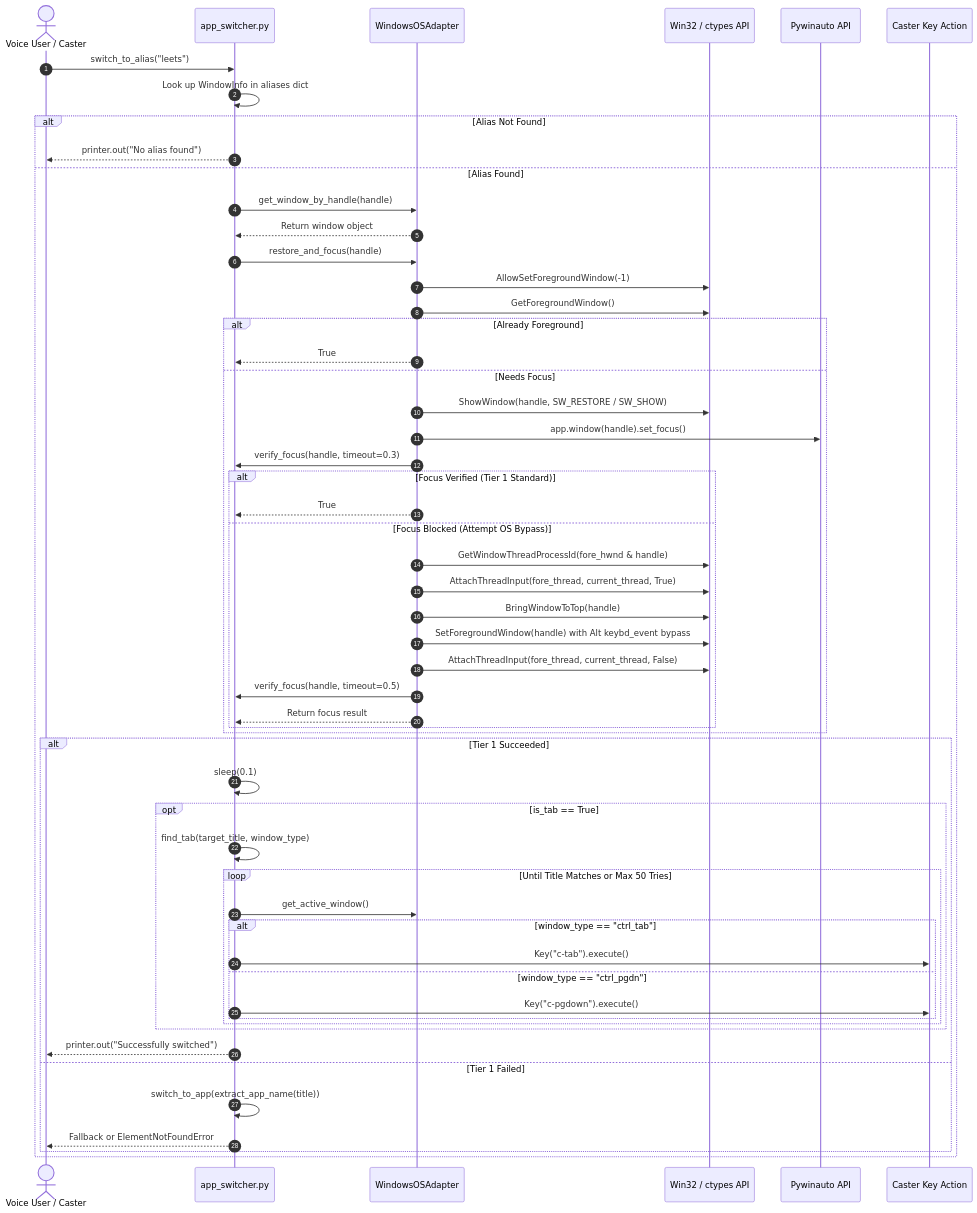
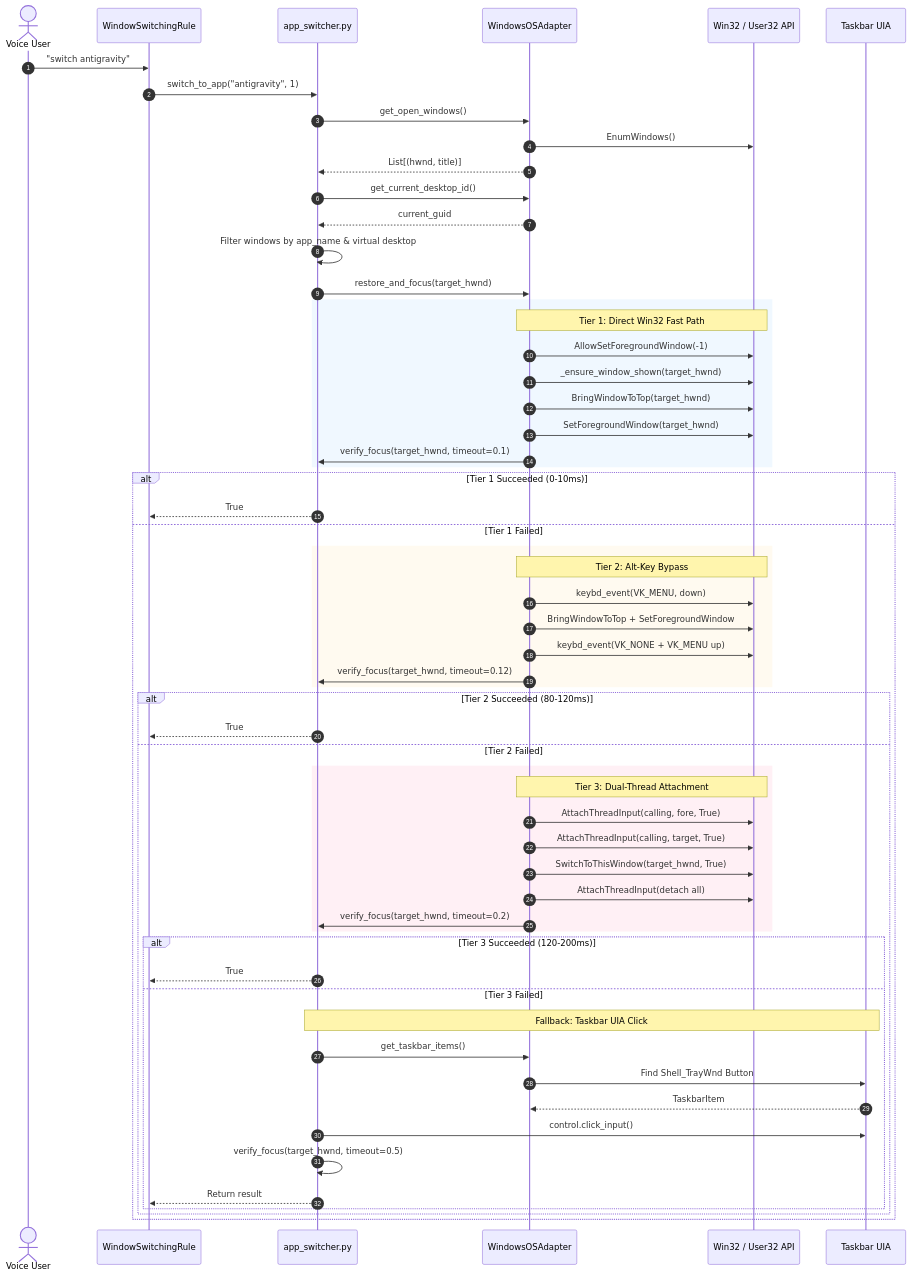
The second of 3 diagrams in docs/architecture/app_switcher_architectural_blueprint.md (amirf147/caster-user-directory-and-notes), drawn with Mermaid before and after one commit. The commit also changed other lines of this file and 13 other files, not shown here.

````diff
--- a/docs/architecture/app_switcher_architectural_blueprint.md
+++ b/docs/architecture/app_switcher_architectural_blueprint.md
@@ -228,63 +277,68 @@
 ```mermaid
 sequenceDiagram
     autonumber
-    actor User as Voice User / Caster
-    participant AppSwitch as app_switcher.py
+    actor User as Voice User
+    participant Rule as WindowSwitchingRule
+    participant Switcher as app_switcher.py
     participant OSAdapter as WindowsOSAdapter
-    participant Win32 as Win32 / ctypes API
-    participant Pywinauto as Pywinauto API
-    participant CasterKey as Caster Key Action
+    participant Win32 as Win32 / User32 API
+    participant UIA as Taskbar UIA
 
-    User->>AppSwitch: switch_to_alias("leets")
-    AppSwitch->>AppSwitch: Look up WindowInfo in aliases dict
+    User->>Rule: "switch antigravity"
+    Rule->>Switcher: switch_to_app("antigravity", 1)
+    Switcher->>OSAdapter: get_open_windows()
+    OSAdapter->>Win32: EnumWindows()
+    OSAdapter-->>Switcher: List[(hwnd, title)]
+    
+    Switcher->>OSAdapter: get_current_desktop_id()
+    OSAdapter-->>Switcher: current_guid
+    Switcher->>Switcher: Filter windows by app_name & virtual desktop
+    
+    Switcher->>OSAdapter: restore_and_focus(target_hwnd)
+    
+    rect rgb(240, 248, 255)
+        Note over OSAdapter,Win32: Tier 1: Direct Win32 Fast Path
+        OSAdapter->>Win32: AllowSetForegroundWindow(-1)
+        OSAdapter->>Win32: _ensure_window_shown(target_hwnd)
+        OSAdapter->>Win32: BringWindowToTop(target_hwnd)
+        OSAdapter->>Win32: SetForegroundWindow(target_hwnd)
+        OSAdapter->>Switcher: verify_focus(target_hwnd, timeout=0.1)
+    end
 
-    alt Alias Not Found
-        AppSwitch-->>User: printer.out("No alias found")
-    else Alias Found
-        AppSwitch->>OSAdapter: get_window_by_handle(handle)
-        OSAdapter-->>AppSwitch: Return window object
-
-        AppSwitch->>OSAdapter: restore_and_focus(handle)
-        OSAdapter->>Win32: AllowSetForegroundWindow(-1)
-        OSAdapter->>Win32: GetForegroundWindow()
-
-        alt Already Foreground
-            OSAdapter-->>AppSwitch: True
-        else Needs Focus
-            OSAdapter->>Win32: ShowWindow(handle, SW_RESTORE / SW_SHOW)
-            OSAdapter->>Pywinauto: app.window(handle).set_focus()
-            OSAdapter->>AppSwitch: verify_focus(handle, timeout=0.3)
-
-            alt Focus Verified (Tier 1 Standard)
-                OSAdapter-->>AppSwitch: True
-            else Focus Blocked (Attempt OS Bypass)
-                OSAdapter->>Win32: GetWindowThreadProcessId(fore_hwnd & handle)
-                OSAdapter->>Win32: AttachThreadInput(fore_thread, current_thread, True)
-                OSAdapter->>Win32: BringWindowToTop(handle)
-                OSAdapter->>Win32: SetForegroundWindow(handle) with Alt keybd_event bypass
-                OSAdapter->>Win32: AttachThreadInput(fore_thread, current_thread, False)
-                OSAdapter->>AppSwitch: verify_focus(handle, timeout=0.5)
-                OSAdapter-->>AppSwitch: Return focus result
+    alt Tier 1 Succeeded (0-10ms)
+        Switcher-->>Rule: True
+    else Tier 1 Failed
+        rect rgb(255, 250, 240)
+            Note over OSAdapter,Win32: Tier 2: Alt-Key Bypass
+            OSAdapter->>Win32: keybd_event(VK_MENU, down)
+            OSAdapter->>Win32: BringWindowToTop + SetForegroundWindow
+            OSAdapter->>Win32: keybd_event(VK_NONE + VK_MENU up)
+            OSAdapter->>Switcher: verify_focus(target_hwnd, timeout=0.12)
+        end
+        
+        alt Tier 2 Succeeded (80-120ms)
+            Switcher-->>Rule: True
+        else Tier 2 Failed
+            rect rgb(255, 240, 245)
+                Note over OSAdapter,Win32: Tier 3: Dual-Thread Attachment
+                OSAdapter->>Win32: AttachThreadInput(calling, fore, True)
+                OSAdapter->>Win32: AttachThreadInput(calling, target, True)
+                OSAdapter->>Win32: SwitchToThisWindow(target_hwnd, True)
+                OSAdapter->>Win32: AttachThreadInput(detach all)
+                OSAdapter->>Switcher: verify_focus(target_hwnd, timeout=0.2)
             end
-        end
-
-        alt Tier 1 Succeeded
-            AppSwitch->>AppSwitch: sleep(0.1)
-            opt is_tab == True
-                AppSwitch->>AppSwitch: find_tab(target_title, window_type)
-                loop Until Title Matches or Max 50 Tries
-                    AppSwitch->>OSAdapter: get_active_window()
-                    alt window_type == "ctrl_tab"
-                        AppSwitch->>CasterKey: Key("c-tab").execute()
-                    else window_type == "ctrl_pgdn"
-                        AppSwitch->>CasterKey: Key("c-pgdown").execute()
-                    end
-                end
+            
+            alt Tier 3 Succeeded (120-200ms)
+                Switcher-->>Rule: True
+            else Tier 3 Failed
+                Note over Switcher,UIA: Fallback: Taskbar UIA Click
+                Switcher->>OSAdapter: get_taskbar_items()
+                OSAdapter->>UIA: Find Shell_TrayWnd Button
+                UIA-->>OSAdapter: TaskbarItem
+                Switcher->>UIA: control.click_input()
+                Switcher->>Switcher: verify_focus(target_hwnd, timeout=0.5)
+                Switcher-->>Rule: Return result
             end
-            AppSwitch-->>User: printer.out("Successfully switched")
-        else Tier 1 Failed
-            AppSwitch->>AppSwitch: switch_to_app(extract_app_name(title))
-            AppSwitch-->>User: Fallback or ElementNotFoundError
         end
     end
 ```
````
